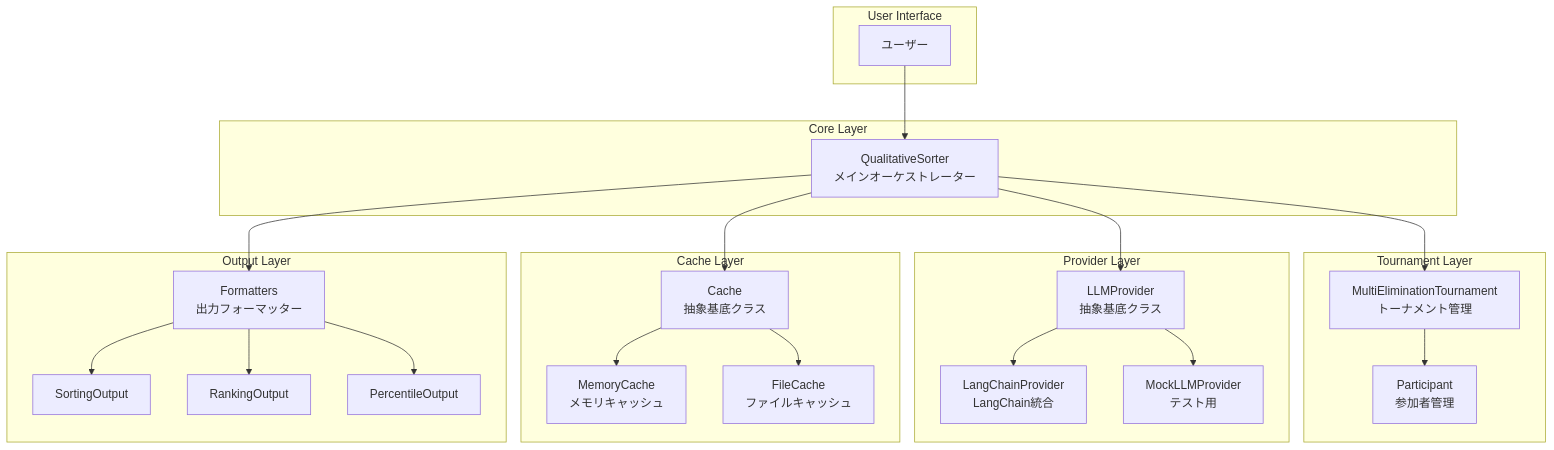
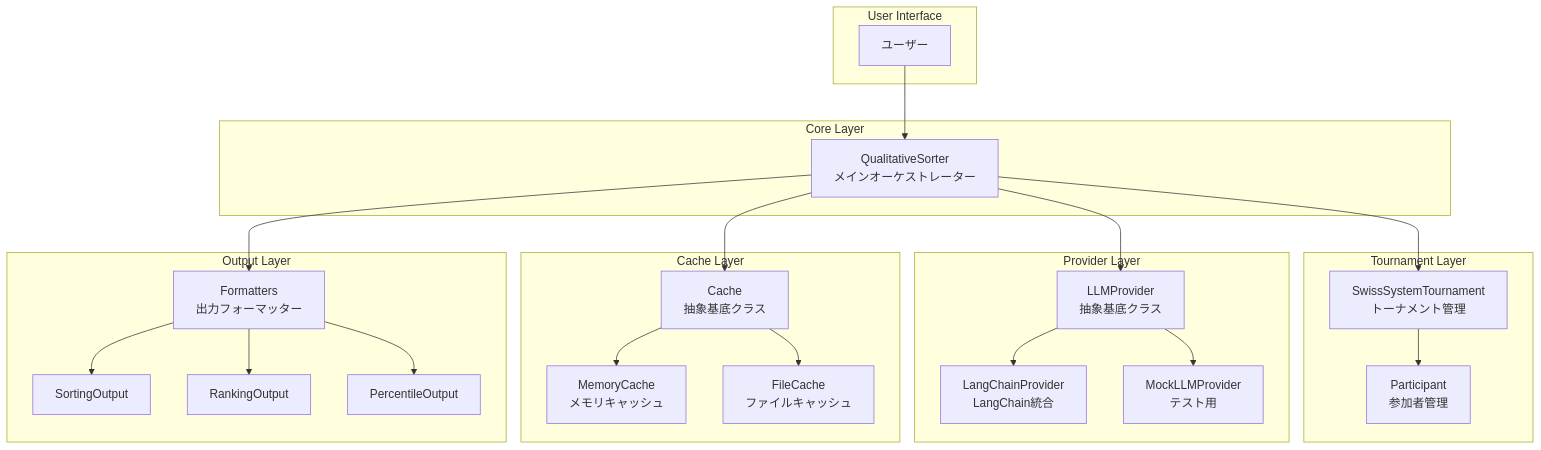
One commit to TomokiIshimine/llm-qualitative-sort changed the first of 3 diagrams in docs/architecture.md. Above: the diagram before and after it, drawn with Mermaid. The commit also changed other lines of this file and 9 other files, not shown here.

First line of the commit message:
Rename MultiEliminationTournament to SwissSystemTournament

````diff
--- a/docs/architecture.md
+++ b/docs/architecture.md
@@ -11,48 +11,48 @@
 ```mermaid
 graph TB
     subgraph "User Interface"
         User[ユーザー]
     end
 
     subgraph "Core Layer"
         Sorter[QualitativeSorter<br/>メインオーケストレーター]
     end
 
     subgraph "Tournament Layer"
-        Tournament[MultiEliminationTournament<br/>トーナメント管理]
+        Tournament[SwissSystemTournament<br/>トーナメント管理]
         Participant[Participant<br/>参加者管理]
     end
 
     subgraph "Provider Layer"
         Provider[LLMProvider<br/>抽象基底クラス]
         LangChain[LangChainProvider<br/>LangChain統合]
         Mock[MockLLMProvider<br/>テスト用]
     end
 
     subgraph "Cache Layer"
         Cache[Cache<br/>抽象基底クラス]
         Memory[MemoryCache<br/>メモリキャッシュ]
         File[FileCache<br/>ファイルキャッシュ]
     end
 
     subgraph "Output Layer"
         Formatters[Formatters<br/>出力フォーマッター]
         Sorting[SortingOutput]
         Ranking[RankingOutput]
         Percentile[PercentileOutput]
     end
 
     User --> Sorter
     Sorter --> Tournament
     Tournament --> Participant
     Sorter --> Provider
     Provider --> LangChain
     Provider --> Mock
     Sorter --> Cache
     Cache --> Memory
     Cache --> File
     Sorter --> Formatters
     Formatters --> Sorting
     Formatters --> Ranking
     Formatters --> Percentile
 ```
````
